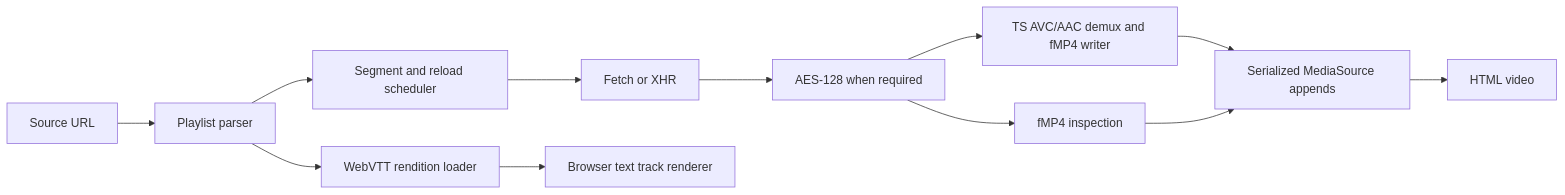
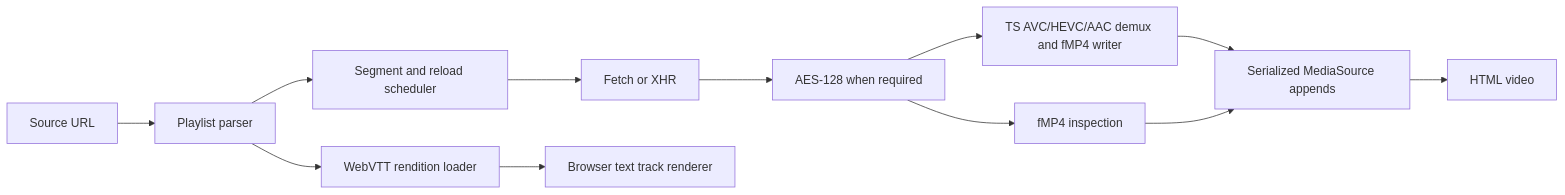
One commit to XaMaB/ThePlayer changed the diagram in docs/hls-research.md. Above: the diagram before and after it, drawn with Mermaid. The commit also changed other lines of this file and 25 other files, not shown here.

````diff
--- a/docs/hls-research.md
+++ b/docs/hls-research.md
@@ -28,14 +28,14 @@
 ```mermaid
 flowchart LR
   Source[Source URL] --> Playlist[Playlist parser]
   Playlist --> Scheduler[Segment and reload scheduler]
   Scheduler --> HTTP[Fetch or XHR]
   HTTP --> Crypto[AES-128 when required]
-  Crypto --> TS[TS AVC/AAC demux and fMP4 writer]
+  Crypto --> TS[TS AVC/HEVC/AAC demux and fMP4 writer]
   Crypto --> MP4[fMP4 inspection]
   TS --> MSE[Serialized MediaSource appends]
   MP4 --> MSE
   MSE --> Video[HTML video]
   Playlist --> VTT[WebVTT rendition loader]
   VTT --> Text[Browser text track renderer]
 ```
````
